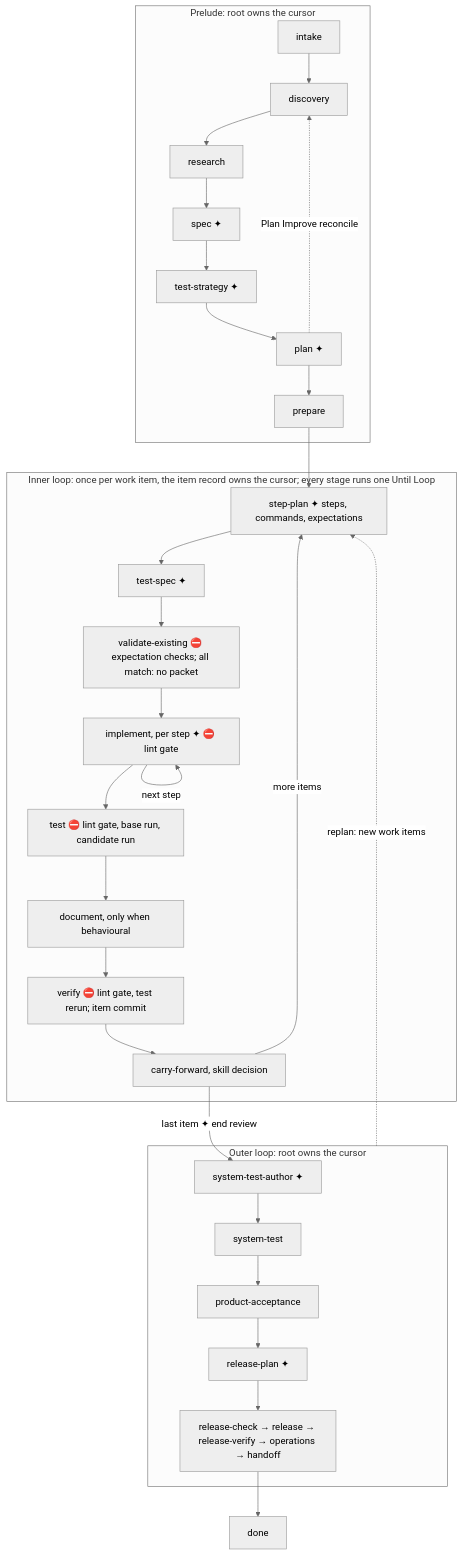
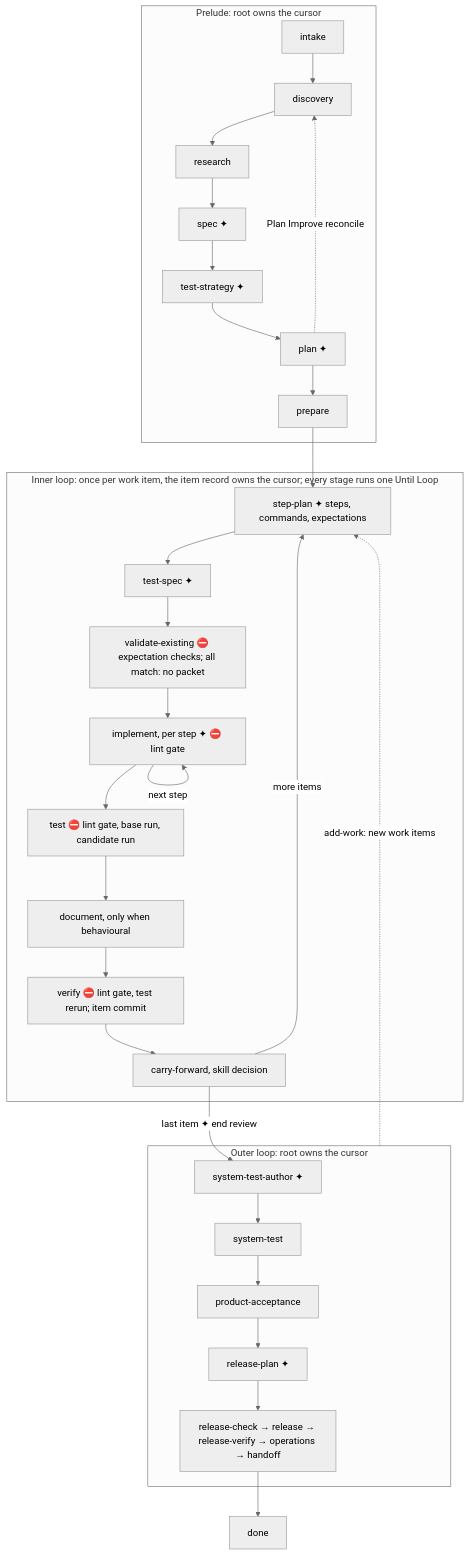
One commit to whichguy/skill-craft changed the second of 4 diagrams in skills/shiploop/references/navigator.md. Above: the diagram before and after it, drawn with Mermaid (neutral theme). The commit also changed other lines of this file and 89 other files, not shown here.

````diff
--- a/skills/shiploop/references/navigator.md
+++ b/skills/shiploop/references/navigator.md
@@ -71,26 +71,26 @@
 ```mermaid
 flowchart TD
   subgraph PRELUDE[Prelude: root owns the cursor]
     intake --> discovery --> research --> spec[spec ✦] --> ts[test-strategy ✦] --> plan[plan ✦] --> prepare
     plan -. "Plan Improve reconcile" .-> discovery
   end
   prepare --> SP
   subgraph INNER[Inner loop: once per work item, the item record owns the cursor; every stage runs one Until Loop]
     SP[step-plan ✦ steps, commands, expectations] --> TS[test-spec ✦]
     TS --> VE[validate-existing ⛔ expectation checks; all match: no packet]
     VE --> IM[implement, per step ✦ ⛔ lint gate]
     IM -->|next step| IM
     IM --> TE[test ⛔ lint gate, base run, candidate run]
     TE --> DOC[document, only when behavioural]
     DOC --> VF[verify ⛔ lint gate, test rerun; item commit]
     VF --> CF[carry-forward, skill decision]
     CF -->|more items| SP
   end
   CF -->|"last item ✦ end review"| STA
   subgraph OUTER[Outer loop: root owns the cursor]
     STA[system-test-author ✦] --> ST[system-test] --> PA[product-acceptance] --> RP[release-plan ✦]
     RP --> REL[release-check → release → release-verify → operations → handoff]
   end
-  OUTER -. "replan: new work items" .-> SP
+  OUTER -. "add-work: new work items" .-> SP
   REL --> done
 ```
````
